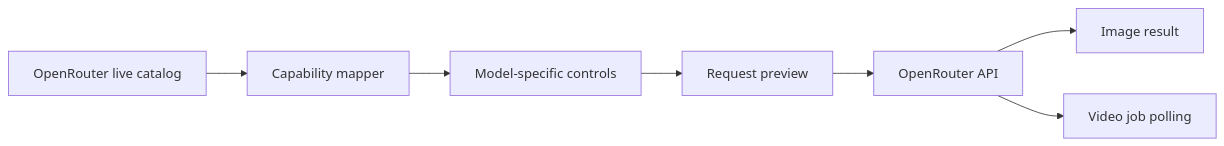
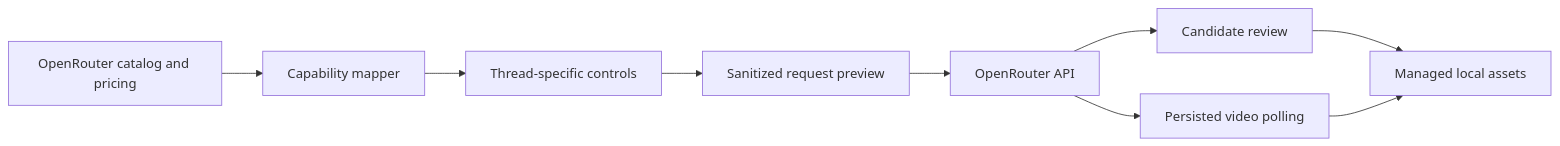
One commit to jbaehova/fruit-truck changed the diagram in README.md. Above: the diagram before and after it, drawn with Mermaid. The commit also changed other lines of this file and 48 other files, not shown here.

````diff
--- a/README.md
+++ b/README.md
@@ -60,9 +63,11 @@
 ```mermaid
 flowchart LR
-    A[OpenRouter live catalog] --> B[Capability mapper]
-    B --> C[Model-specific controls]
-    C --> D[Request preview]
+    A[OpenRouter catalog and pricing] --> B[Capability mapper]
+    B --> C[Thread-specific controls]
+    C --> D[Sanitized request preview]
     D --> E[OpenRouter API]
-    E --> F[Image result]
-    E --> G[Video job polling]
+    E --> F[Candidate review]
+    E --> G[Persisted video polling]
+    F --> H[Managed local assets]
+    G --> H
 ```
````
